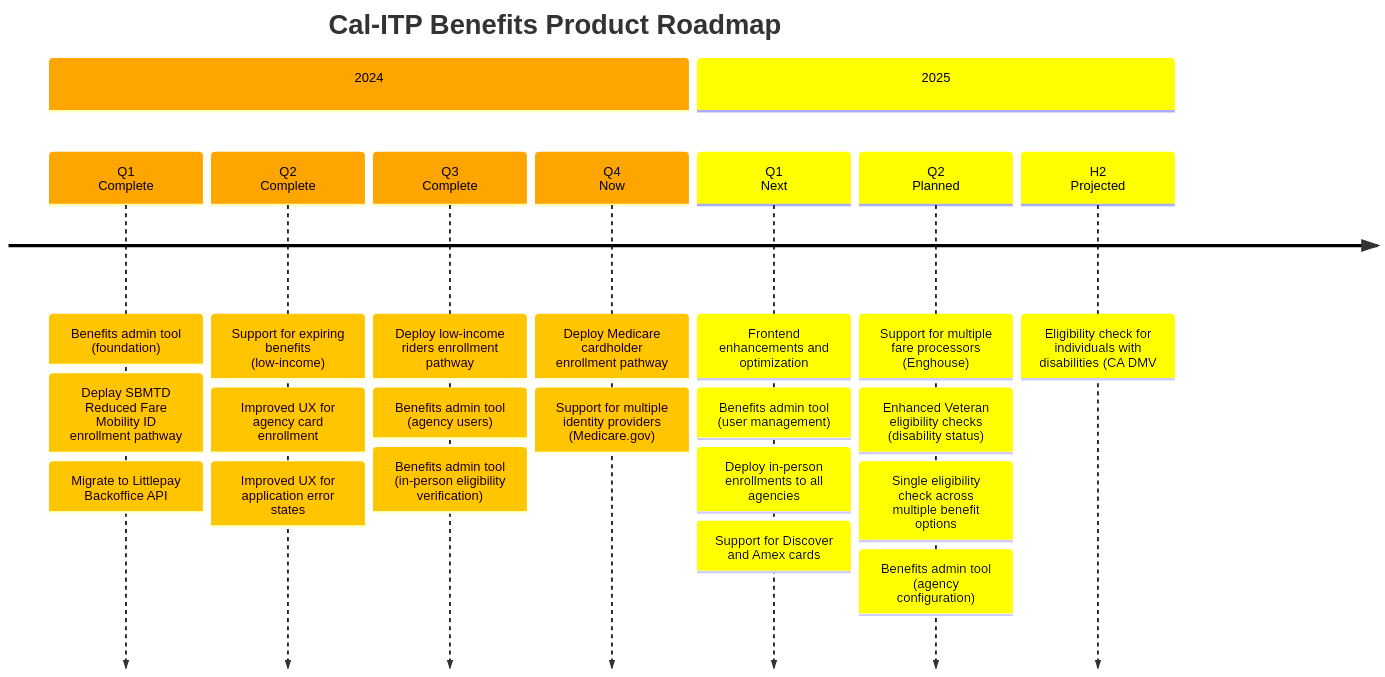
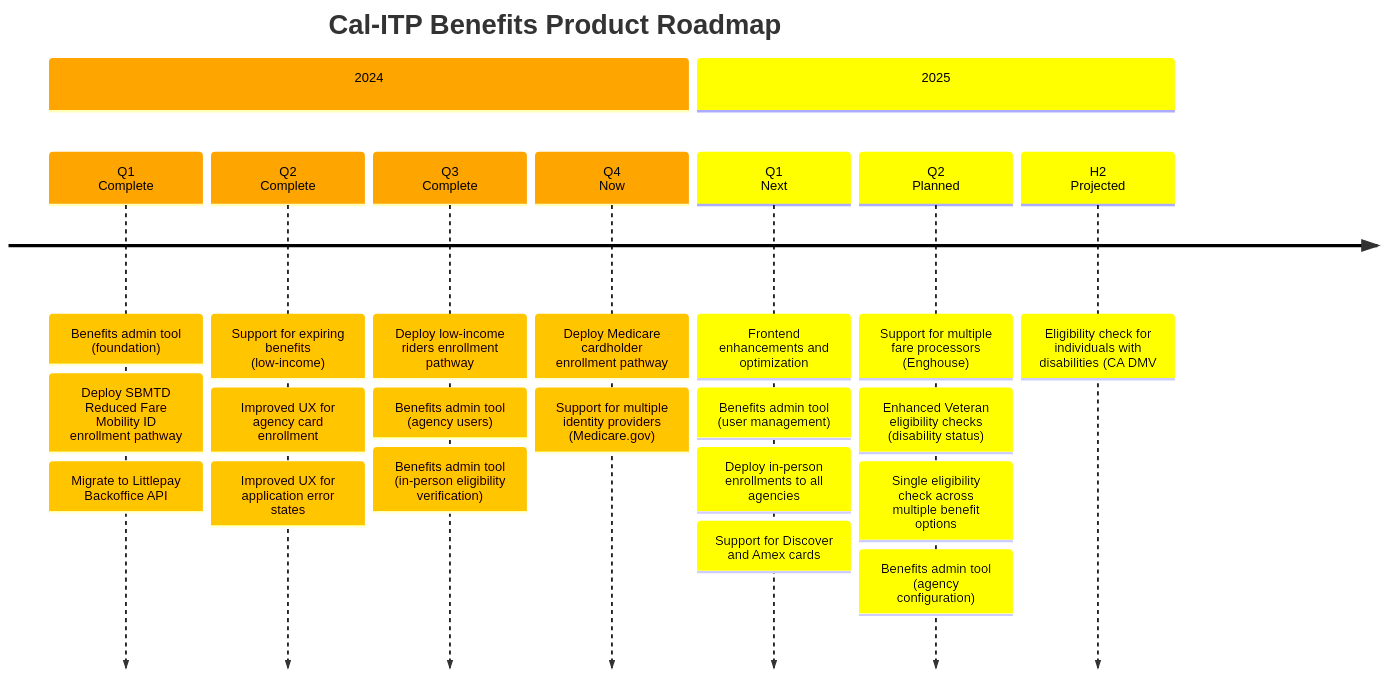
The diagram in docs/enrollment-pathways/README.md (cal-itp/benefits), drawn with Mermaid before and after one commit.

Commit message:
Fixed typo
- "deploy" was misspelled.

````diff
--- a/docs/enrollment-pathways/README.md
+++ b/docs/enrollment-pathways/README.md
@@ -19,60 +19,60 @@
 ```mermaid
 timeline
     title Cal-ITP Benefits Product Roadmap
 %% Cal-ITP Benefits Epics (2024)
           section 2024
 
           Q1<br>Complete
           : Benefits admin tool (foundation)
-          : Deplay SBMTD Reduced Fare Mobility ID enrollment pathway
+          : Deploy SBMTD Reduced Fare Mobility ID enrollment pathway
           : Migrate to Littlepay Backoffice API
 
           Q2<br>Complete
           : Support for expiring benefits (low-income)
           : Improved UX for agency card enrollment
           : Improved UX for application error states
 
           Q3<br>Complete
           : Deploy low-income riders enrollment pathway
           : Benefits admin tool (agency users)
           : Benefits admin tool (in-person eligibility verification)
 
           Q4<br>Now
           : Deploy Medicare cardholder enrollment pathway
           : Support for multiple identity providers (Medicare.gov)
 
 %% Cal-ITP Benefits Epics (2025)
           section 2025
 
           Q1<br>Next
         : Frontend enhancements and optimization
         : Benefits admin tool (user management)
         : Deploy in-person enrollments to all agencies
       %%: Deploy Connect Card enrollment pathway to SACOG agencies
         : Support for Discover and Amex cards
 
           Q2<br>Planned
         : Support for multiple fare processors (Enghouse)
         : Enhanced Veteran eligibility checks (disability status)
         : Single eligibility check across multiple benefit options
         : Benefits admin tool (agency configuration)
 
           H2<br>Projected
         : Eligibility check for individuals with disabilities (CA DMV
 
 %%{
     init: {
         'logLevel': 'debug',
         'theme': 'default' ,
         'themeVariables': {
             'cScale0': '#ffa500', 'cScaleLabel0': '#000000',
             'cScale1': '#ffff00', 'cScaleLabel1': '#000000',
             'cScale2': '#ffff00', 'cScaleLabel2': '#000000',
             'cScale3': '#008000', 'cScaleLabel3': '#ffffff',
             'cScale4': '#0000ff', 'cScaleLabel4': '#ffffff',
             'cScale5': '#4b0082', 'cScaleLabel5': '#ffffff',
             'cScale6': '#000000', 'cScaleLabel6': '#ffffff'
         }
     }
 }%%
 ```
````
